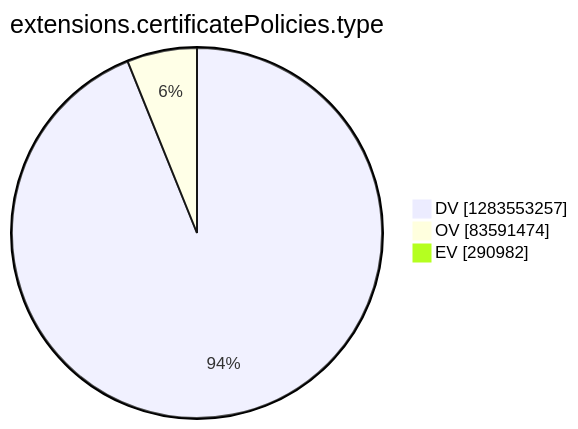
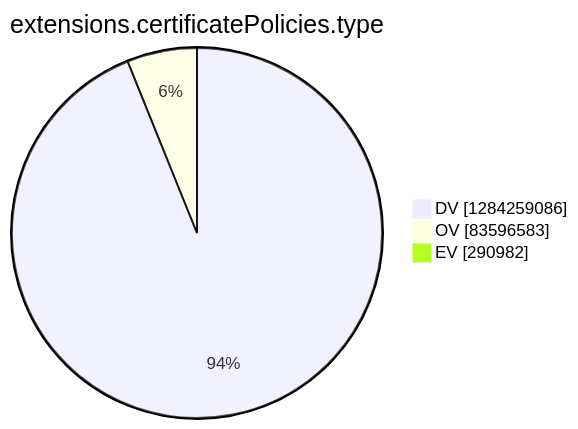
The tenth of 15 diagrams in argon2022/README.md (christiankrug/ctmonitor_visualization), drawn with Mermaid before and after one commit. The commit also changed other lines of this file, not shown here.

````diff
--- a/argon2022/README.md
+++ b/argon2022/README.md
@@ -2771,7 +2771,7 @@
 ```mermaid
 pie showData
 title extensions.certificatePolicies.type
-"DV" :1283553257
-"OV" :83591474
+"DV" :1284259086
+"OV" :83596583
 "EV" :290982
 ```
````
